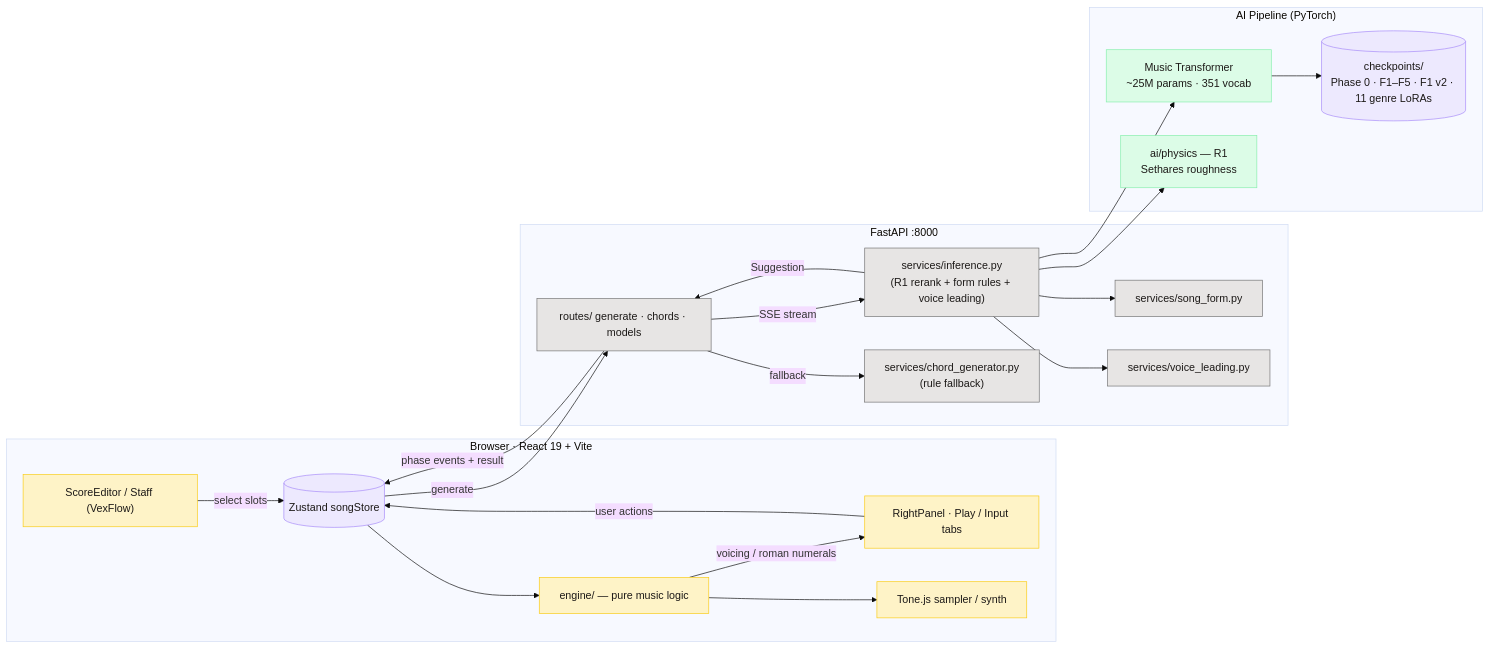
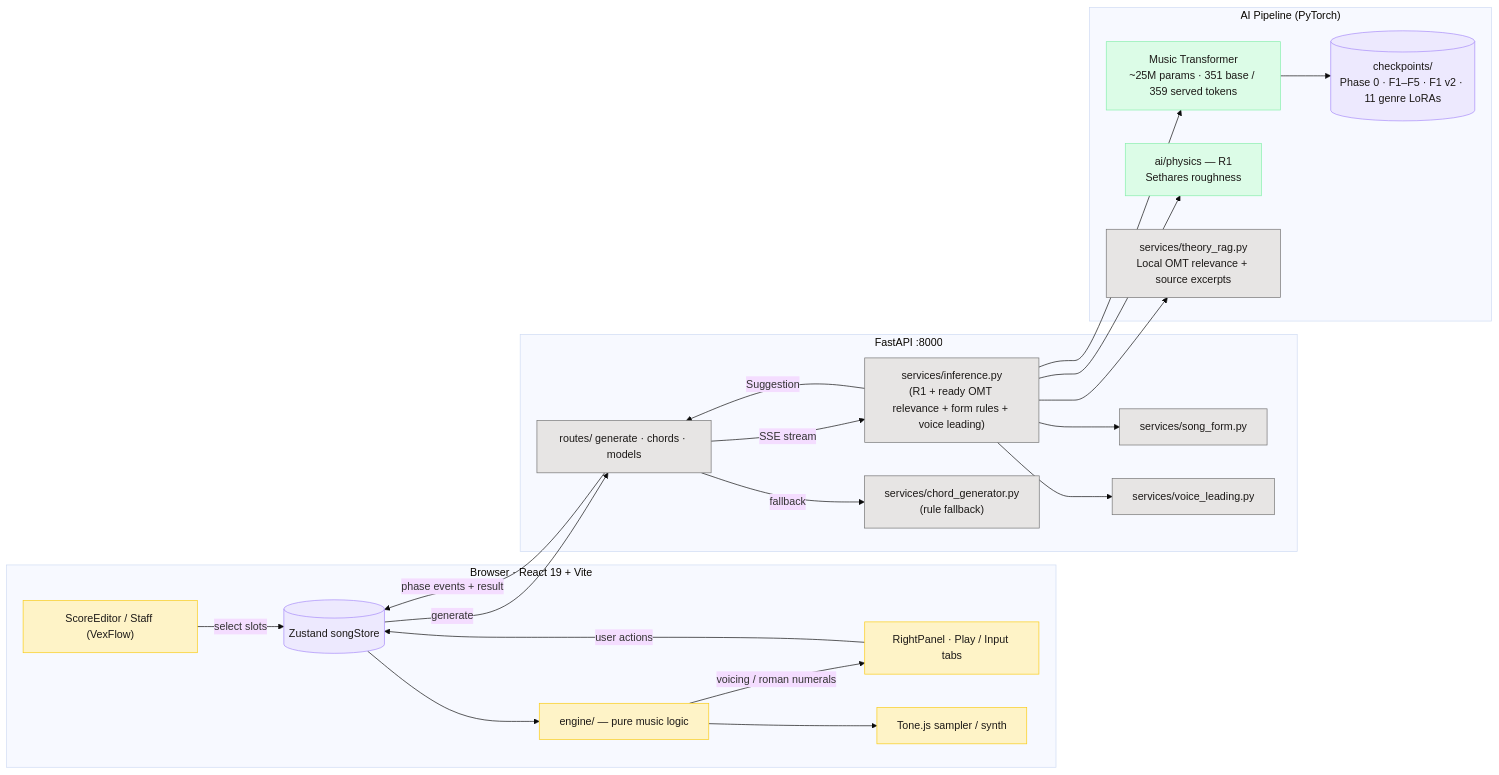
The second of 4 diagrams in README.md (PearlLeeStudio/TheArtist-DAW), drawn with Mermaid (base theme) before and after one commit. The commit also changed other lines of this file and 15 other files, not shown here.

````diff
--- a/README.md
+++ b/README.md
@@ -340,50 +320,53 @@
 ```mermaid
 flowchart LR
   classDef fe fill:#fef3c7,stroke:#facc15,color:#1c1917
   classDef be fill:#e7e5e4,stroke:#737373,color:#1c1917
   classDef ai fill:#dcfce7,stroke:#86efac,color:#1c1917
   classDef store fill:#ede9fe,stroke:#a78bfa,color:#1c1917
 
   subgraph FE["Browser · React 19 + Vite"]
     Staff["ScoreEditor / Staff (VexFlow)"]
     RP["RightPanel · Play / Input tabs"]
     Engine["engine/ — pure music logic"]
     Store[("Zustand songStore")]
     Tone["Tone.js sampler / synth"]
   end
 
   subgraph BE["FastAPI :8000"]
     Routes["routes/ generate · chords · models"]
-    Inference["services/inference.py<br/>(R1 rerank + form rules + voice leading)"]
+    Inference["services/inference.py<br/>(R1 + ready OMT relevance + form rules + voice leading)"]
     SongForm["services/song_form.py"]
     VL["services/voice_leading.py"]
     Rules["services/chord_generator.py<br/>(rule fallback)"]
   end
 
   subgraph AI["AI Pipeline (PyTorch)"]
-    MT["Music Transformer<br/>~25M params · 351 vocab"]
+    MT["Music Transformer<br/>~25M params · 351 base / 359 served tokens"]
     Phys["ai/physics — R1<br/>Sethares roughness"]
+    Theory["services/theory_rag.py<br/>Local OMT relevance + source excerpts"]
     CKPT[("checkpoints/<br/>Phase 0 · F1–F5 · F1 v2 · 11 genre LoRAs")]
   end
 
   Staff -->|select slots| Store
   RP -->|user actions| Store
   Store -->|generate| Routes
   Routes -->|SSE stream| Inference
   Inference --> MT
   Inference --> Phys
+  Inference --> Theory
   Inference --> VL
   Inference --> SongForm
   MT --> CKPT
   Routes -->|fallback| Rules
   Inference -->|Suggestion| Routes
   Routes -->|phase events + result| Store
   Store --> Engine
   Engine --> Tone
   Engine -->|voicing / roman numerals| RP
 
   class Staff,RP,Engine,Tone fe
   class Routes,Inference,SongForm,VL,Rules be
   class MT,Phys ai
+  class Theory be
   class Store,CKPT store
 ```
````
